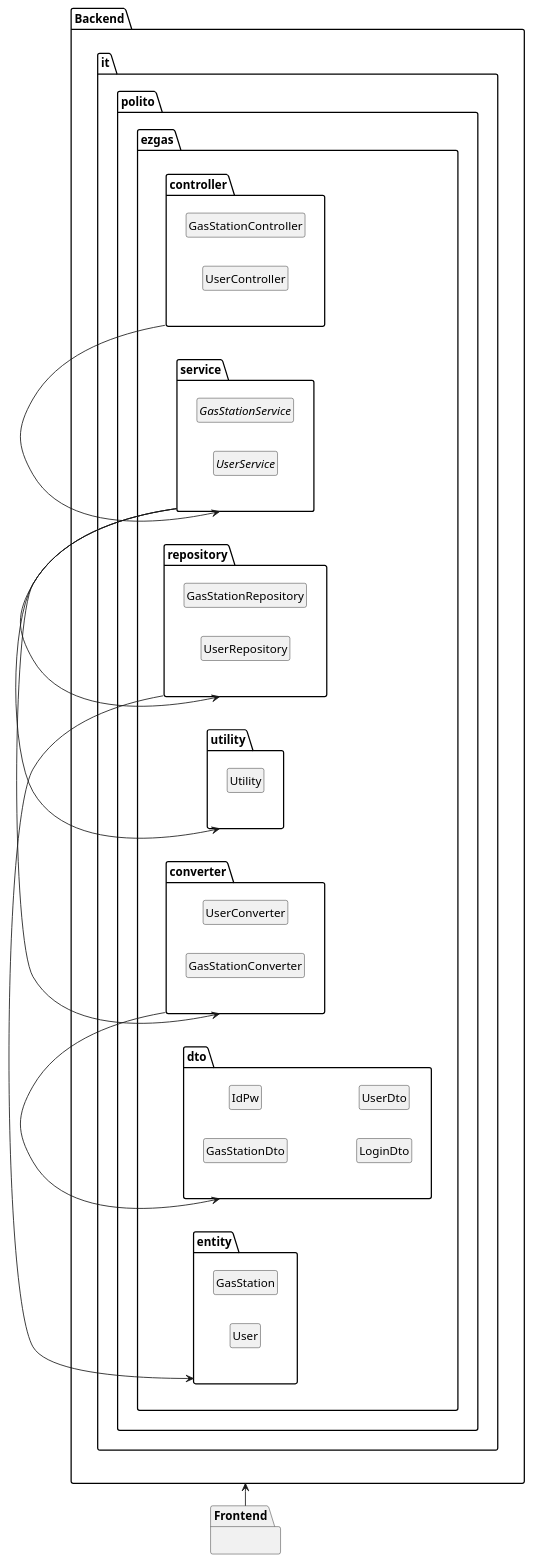
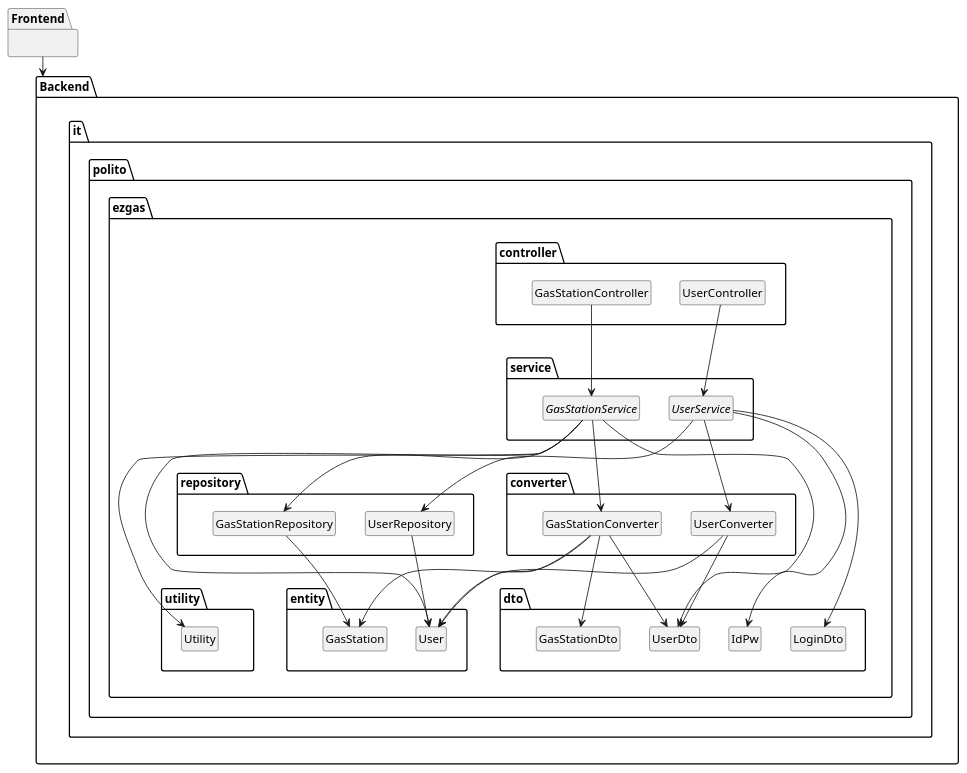
The diagram in docs/IntegrationApiTestReport.md (SE2-group4/SE1-project), drawn with PlantUML before and after one commit.

Commit message:
feat: dependency graph fix

```diff
--- a/docs/IntegrationApiTestReport.md
+++ b/docs/IntegrationApiTestReport.md
@@ -29,13 +29,10 @@
 
 @startuml
 
-left to right direction
 hide circle
 hide members
 
 package "Frontend" {}
-
-Frontend -> Backend
 
 package "Backend" {
 
@@ -83,15 +80,42 @@
     class User
 }
 
+GasStationController -> GasStationService
+UserController -> UserService
+GasStationService -> GasStationRepository
+GasStationService -> Utility
+UserService -> UserRepository
+GasStationService -> GasStationConverter
+UserService -> UserConverter
+GasStationConverter -> GasStationDto
+GasStationConverter -> GasStation
+UserConverter -> UserDto
+UserConverter -> User
+GasStationRepository -> GasStation
+UserRepository -> User
+UserService -> LoginDto
+UserService -> IdPw
+GasStationService -> User
+GasStationService -> UserDto
+GasStationConverter -> User
+GasStationConverter -> UserDto
 
-it.polito.ezgas.controller -> it.polito.ezgas.service
-it.polito.ezgas.service -> it.polito.ezgas.utility
-it.polito.ezgas.service -> it.polito.ezgas.repository
-it.polito.ezgas.service -> it.polito.ezgas.converter
-it.polito.ezgas.repository -> it.polito.ezgas.entity
-it.polito.ezgas.converter -> it.polito.ezgas.dto
+"it.polito.ezgas.controller" --[hidden]> "it.polito.ezgas.service"
+"it.polito.ezgas.service" --[hidden]> "it.polito.ezgas.repository"
+"it.polito.ezgas.service" --[hidden]> "it.polito.ezgas.converter"
+"it.polito.ezgas.repository" -[hidden]> "it.polito.ezgas.converter"
+"it.polito.ezgas.repository" --[hidden]> "it.polito.ezgas.entity"
+"it.polito.ezgas.repository" --[hidden]> "it.polito.ezgas.dto"
+"it.polito.ezgas.repository" --[hidden]> "it.polito.ezgas.utility"
+"it.polito.ezgas.converter" --[hidden]> "it.polito.ezgas.dto"
+"it.polito.ezgas.converter" --[hidden]> "it.polito.ezgas.entity"
+"it.polito.ezgas.converter" --[hidden]> "it.polito.ezgas.utility"
+"it.polito.ezgas.entity" -[hidden]> "it.polito.ezgas.dto"
+"it.polito.ezgas.dto" -[hidden]> "it.polito.ezgas.utility"
+"it.polito.ezgas.entity" -[hidden]> "it.polito.ezgas.utility"
+}
 
-}
+"Frontend" --> "Backend"
 
 @enduml
 
```
